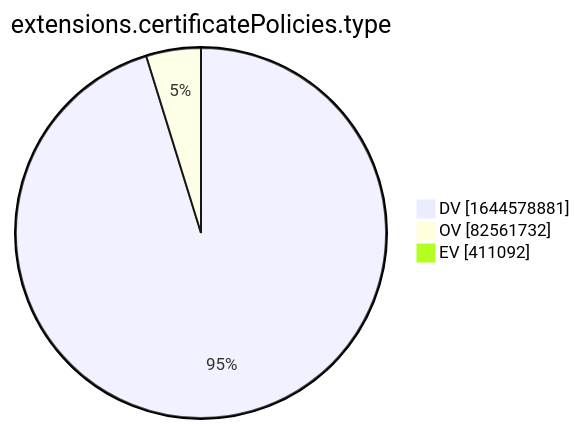
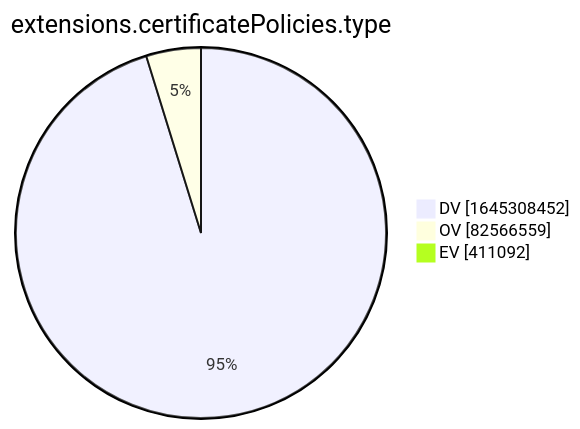
The tenth of 15 diagrams in xenon2022/README.md (christiankrug/ctmonitor_visualization), drawn with Mermaid before and after one commit. The commit also changed other lines of this file, not shown here.

````diff
--- a/xenon2022/README.md
+++ b/xenon2022/README.md
@@ -2879,7 +2879,7 @@
 ```mermaid
 pie showData
 title extensions.certificatePolicies.type
-"DV" :1644578881
-"OV" :82561732
+"DV" :1645308452
+"OV" :82566559
 "EV" :411092
 ```
````
